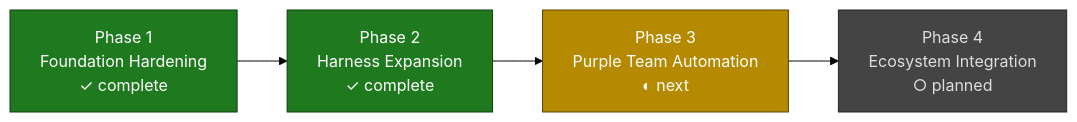
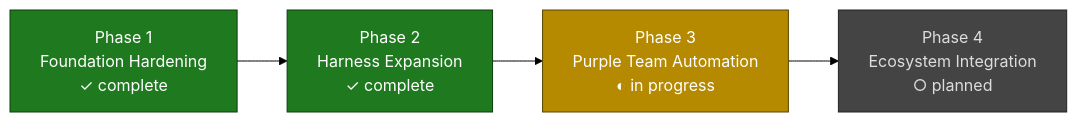
Before and after one commit to babywyrm/sysadmin: the first of 2 diagrams in ai/mcp/ROADMAP.md, drawn with Mermaid (forest theme). The commit also changed other lines of this file and 5 other files, not shown here.

First line of the commit message:
feat(mcp-slayer): add purple team automation — SIEM integration, detection validation, GHA workflow

````diff
--- a/ai/mcp/ROADMAP.md
+++ b/ai/mcp/ROADMAP.md
@@ -38,12 +38,12 @@
 ```mermaid
 flowchart LR
     P1["Phase 1<br/>Foundation Hardening<br/>✓ complete"]:::done
     P2["Phase 2<br/>Harness Expansion<br/>✓ complete"]:::done
-    P3["Phase 3<br/>Purple Team Automation<br/>◐ next"]:::active
+    P3["Phase 3<br/> Purple Team Automation<br/>◐ in progress"]:::active
     P4["Phase 4<br/>Ecosystem Integration<br/>○ planned"]:::todo
     P1 --> P2 --> P3 --> P4
 
     classDef done fill:#1f7a1f,stroke:#0d3d0d,color:#ffffff
     classDef active fill:#b58900,stroke:#5c4500,color:#ffffff
     classDef todo fill:#444444,stroke:#222222,color:#dddddd
 ```
````
